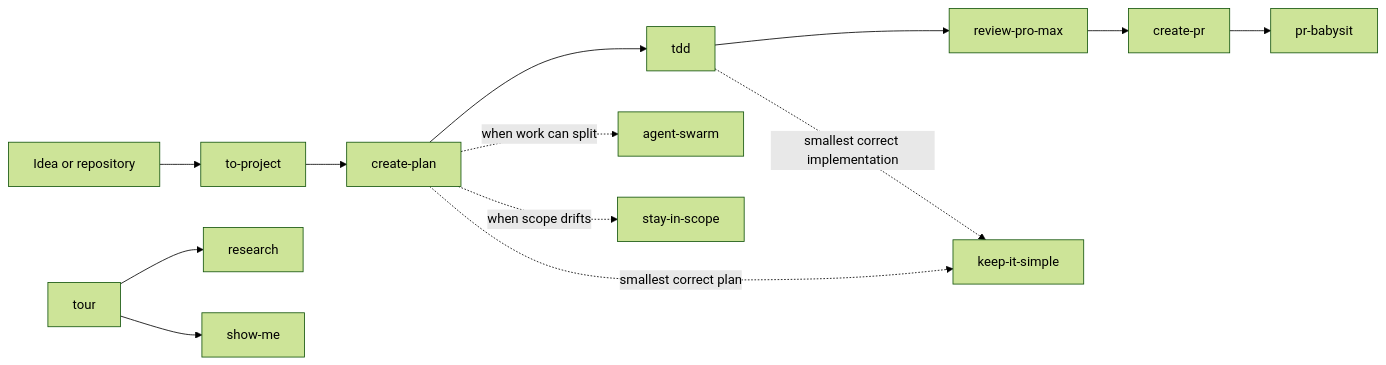
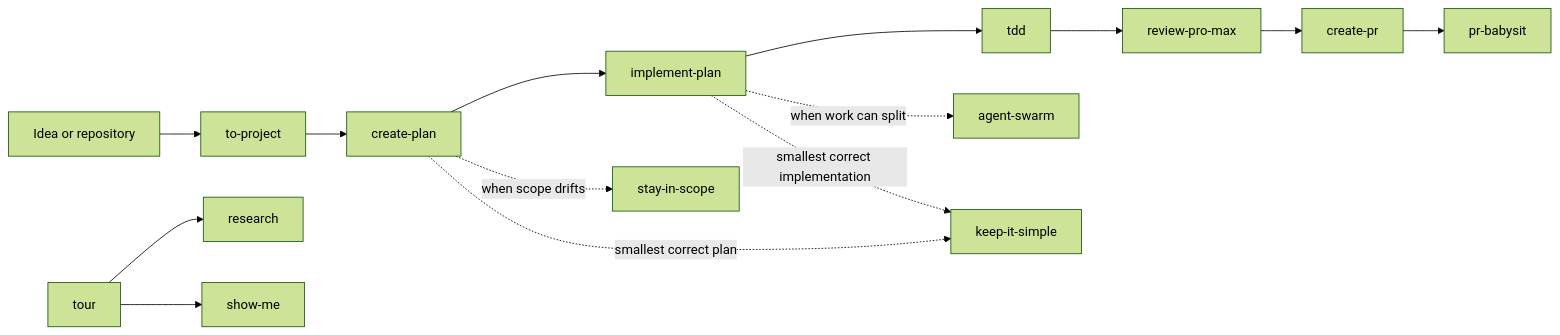
One commit to tzachbon/srulik-toolkit changed the diagram in README.md. Above: the diagram before and after it, drawn with Mermaid (forest theme). The commit also changed other lines of this file and 20 other files, not shown here.

First line of the commit message:
feat: add implement-plan, review evidence, and glossary naming (#21)

````diff
--- a/README.md
+++ b/README.md
@@ -119,15 +121,16 @@
 ```mermaid
 flowchart LR
     A["Idea or repository"] --> B["to-project"]
     B --> C["create-plan"]
-    C --> D["tdd"]
+    C --> N["implement-plan"]
+    N --> D["tdd"]
     D --> E["review-pro-max"]
     E --> I["create-pr"]
     I --> J["pr-babysit"]
-    C -. "when work can split" .-> F["agent-swarm"]
+    N -. "when work can split" .-> F["agent-swarm"]
     C -. "when scope drifts" .-> G["stay-in-scope"]
     C -. "smallest correct plan" .-> H["keep-it-simple"]
-    D -. "smallest correct implementation" .-> H
+    N -. "smallest correct implementation" .-> H
     K["tour"] --> L["research"]
     K --> M["show-me"]
 ```
````
